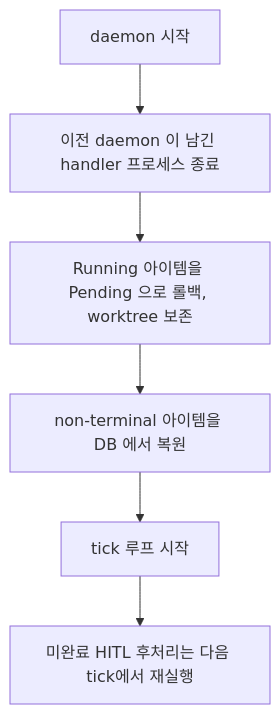
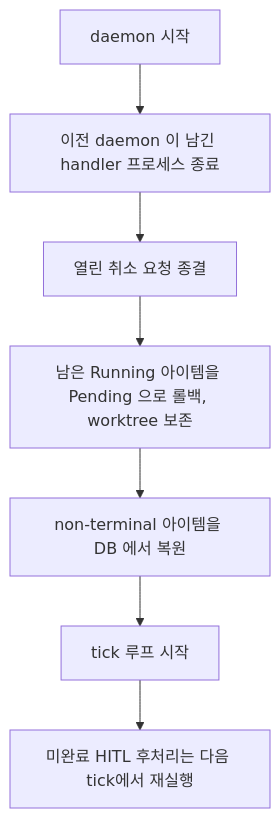
The sixth of 7 diagrams in spec/concerns/daemon.md (kys0213/belt), drawn with Mermaid before and after one commit. The commit also changed other lines of this file and 4 other files, not shown here.

````diff
--- a/spec/concerns/daemon.md
+++ b/spec/concerns/daemon.md
@@ -249,8 +255,9 @@
 ```mermaid
 flowchart TD
     S["daemon 시작"] --> K["이전 daemon 이 남긴 handler 프로세스 종료"]
-    K --> RB["Running 아이템을 Pending 으로 롤백, worktree 보존"]
+    K --> CX["열린 취소 요청 종결"]
+    CX --> RB["남은 Running 아이템을 Pending 으로 롤백, worktree 보존"]
     RB --> L["non-terminal 아이템을 DB 에서 복원"]
     L --> T["tick 루프 시작"]
     T --> PP["미완료 HITL 후처리는 다음 tick에서 재실행"]
 ```
````
